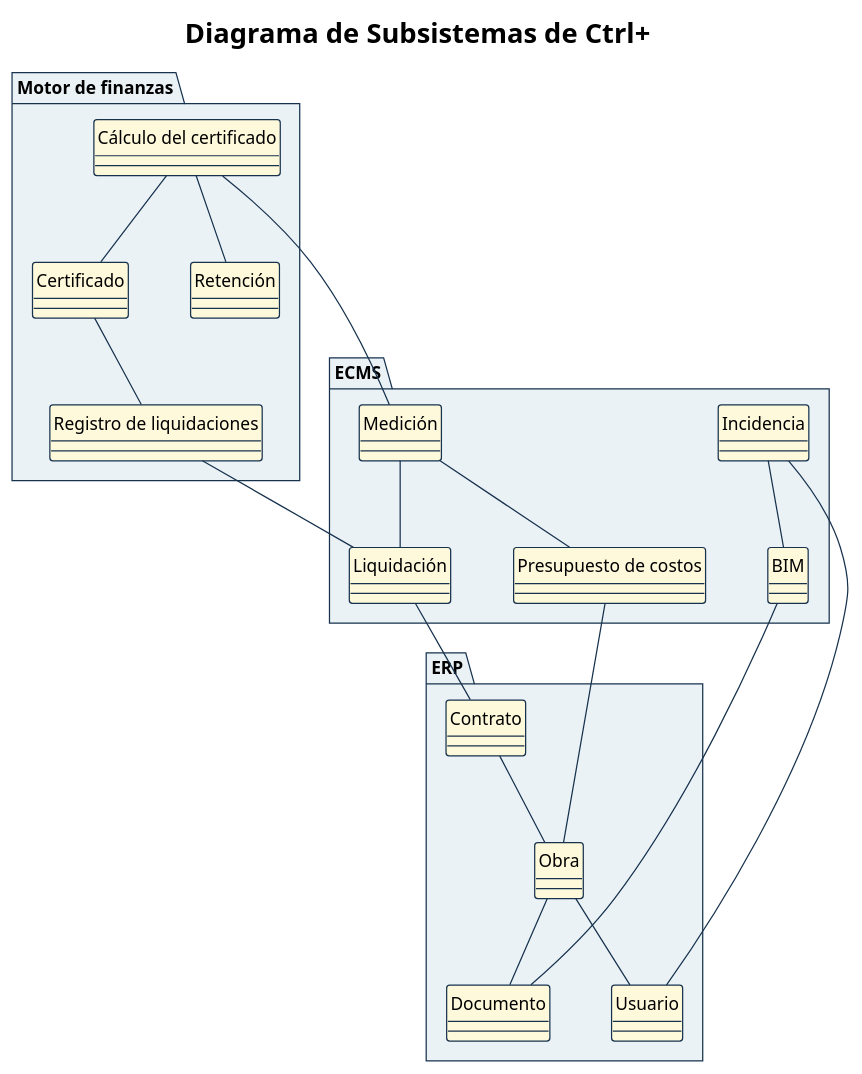
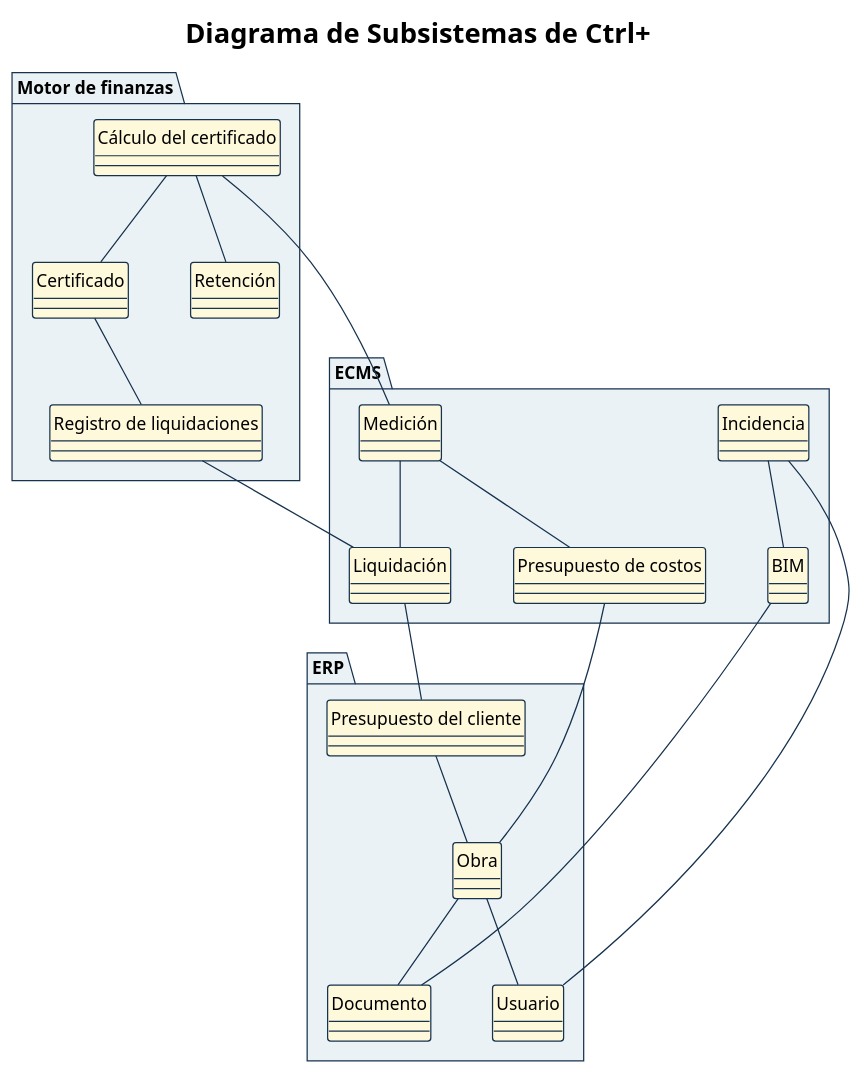
Before and after one commit to Ssrrb/tpf-uca: the diagram in diagramas/CU-00-paquetes.puml, drawn with PlantUML.

Commit message:
Renombrar clase Contrato a Presupuesto del cliente en diagrama de subsistemas
Claude-Session: https://claude.ai/code/session_01SsyG3wUJjJavC4bKm9ePMa

```diff
--- a/diagramas/CU-00-paquetes.puml
+++ b/diagramas/CU-00-paquetes.puml
@@ -1,87 +1,87 @@
 @startuml
 !theme plain
 skinparam style strictuml
 skinparam shadowing false
 skinparam defaultFontName Arial
 skinparam defaultFontSize 14
 skinparam ArrowColor #17324D
 skinparam activity {
   StartColor #17324D
   EndColor #17324D
   BarColor #17324D
   BackgroundColor #F5F8FA
   BorderColor #17324D
   DiamondBackgroundColor #EAF2F6
   DiamondBorderColor #17324D
 }
 skinparam swimlane {
   BorderColor #17324D
   TitleBackgroundColor #EAF2F6
 }
 skinparam state {
   StartColor #17324D
   EndColor #17324D
   BackgroundColor #F5F8FA
   BorderColor #17324D
 }
 skinparam package {
   BackgroundColor #EAF2F6
   BorderColor #17324D
 }
 skinparam note {
   BackgroundColor #FFFFFF
   BorderColor #17324D
 }
 title Diagrama de Subsistemas de Ctrl+
 skinparam nodesep 50
 skinparam ranksep 70
 skinparam package {
   BackgroundColor #EAF2F6
   BorderColor #17324D
 }
 
 
 show circle
 skinparam classBackgroundColor #FFF9DB
 skinparam classBorderColor #17324D
 
 package "Motor de finanzas" {
   class "Cálculo del certificado" as CalculoCertificado
   class "Certificado" as Certificado
   class "Registro de liquidaciones" as RegistroLiquidacion
   class "Retención" as Retencion
 }
 
 package "ECMS" {
   class "Medición" as Medicion
   class "Liquidación" as Liquidacion
   class "Presupuesto de costos" as PresupuestoCostos
   class "Incidencia" as Incidencia
   class "BIM" as Modelo
 }
 
 package "ERP" {
-  class "Contrato" as Contrato
+  class "Presupuesto del cliente" as Contrato
   class "Obra" as Obra
   class "Usuario" as Usuario
   class "Documento" as Documento
 }
 
 CalculoCertificado -- Certificado
 CalculoCertificado -- Retencion
 Certificado -- RegistroLiquidacion
 Medicion -- Liquidacion
 Medicion -- PresupuestoCostos
 Incidencia -- Modelo
 Contrato -- Obra
 Obra -- Usuario
 Obra -- Documento
 
 CalculoCertificado -- Medicion
 RegistroLiquidacion -- Liquidacion
 Liquidacion -- Contrato
 PresupuestoCostos -- Obra
 Incidencia -- Usuario
 Modelo -- Documento
 
 @enduml
```
